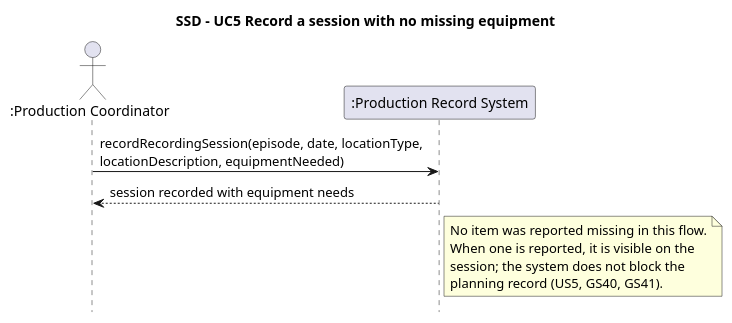
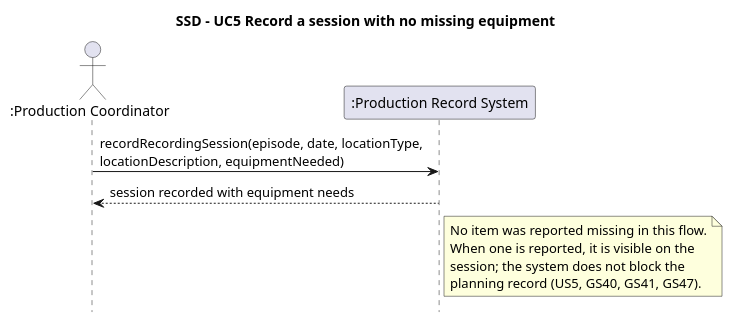
The diagram in CA 2/Diagrams/System_Sequence_Diagrams/SSD_UC5_MissingEquipment.puml (Rani-Wheeza/Local-Podcast-Production-Service), drawn with PlantUML before and after one commit. The commit also changed 2 other files, not shown here.

```diff
--- a/CA 2/Diagrams/System_Sequence_Diagrams/SSD_UC5_MissingEquipment.puml
+++ b/CA 2/Diagrams/System_Sequence_Diagrams/SSD_UC5_MissingEquipment.puml
@@ -1,17 +1,17 @@
 @startuml SSD_UC5_MissingEquipment
 title SSD - UC5 Record a session with no missing equipment
 hide footbox
 
 actor ":Production Coordinator" as PC
 participant ":Production Record System" as S
 
 PC -> S : recordRecordingSession(episode, date, locationType,\nlocationDescription, equipmentNeeded)
 S --> PC : session recorded with equipment needs
 
 note right of S
   No item was reported missing in this flow.
   When one is reported, it is visible on the
   session; the system does not block the
-  planning record (US5, GS40, GS41).
+  planning record (US5, GS40, GS41, GS47).
 end note
 @enduml
```
